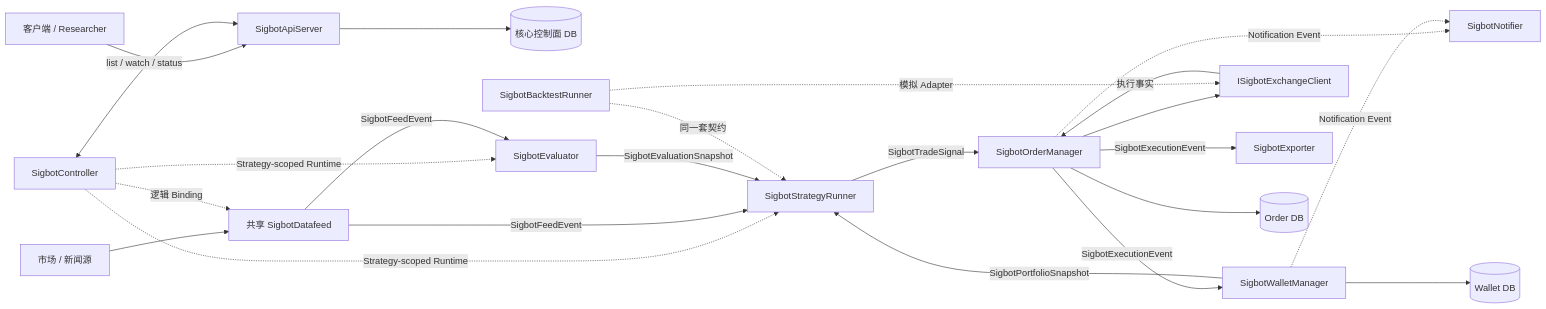
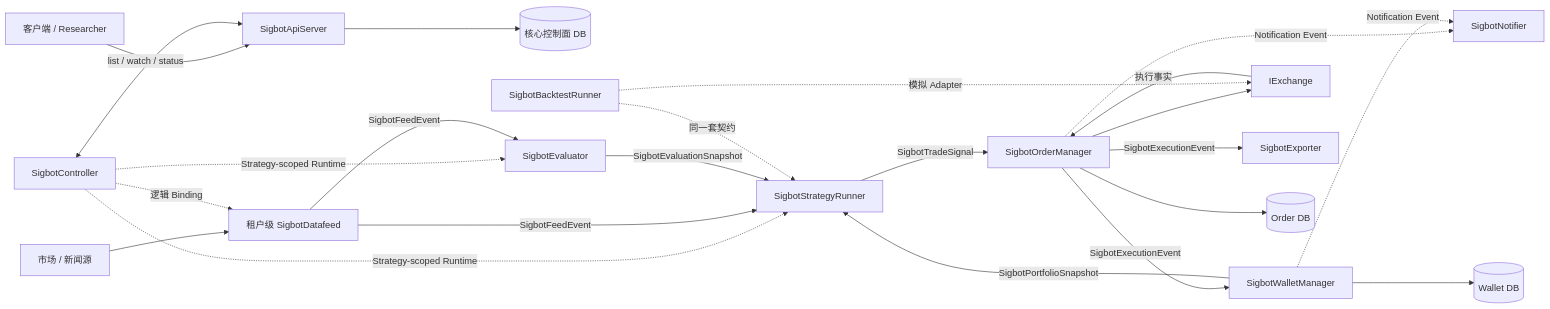
One commit to sigbot-labs/sigbot-core changed the diagram in docs/architecture/overview_ZH.md. Above: the diagram before and after it, drawn with Mermaid. The commit also changed other lines of this file and 1371 other files, not shown here.

````diff
--- a/docs/architecture/overview_ZH.md
+++ b/docs/architecture/overview_ZH.md
@@ -16,29 +16,29 @@
 ```mermaid
 flowchart LR
     Clients[客户端 / Researcher] --> API[SigbotApiServer]
     API --> CoreDB[(核心控制面 DB)]
     Controller[SigbotController] <-->|list / watch / status| API
 
-    Sources[市场 / 新闻源] --> Datafeed[共享 SigbotDatafeed]
+    Sources[市场 / 新闻源] --> Datafeed[租户级 SigbotDatafeed]
     Controller -. 逻辑 Binding .-> Datafeed
     Controller -. Strategy-scoped Runtime .-> Evaluator[SigbotEvaluator]
     Controller -. Strategy-scoped Runtime .-> Strategy[SigbotStrategyRunner]
 
     Datafeed -->|SigbotFeedEvent| Evaluator
     Datafeed -->|SigbotFeedEvent| Strategy
     Evaluator -->|SigbotEvaluationSnapshot| Strategy
     Wallet[SigbotWalletManager] -->|SigbotPortfolioSnapshot| Strategy
     Strategy -->|SigbotTradeSignal| Order[SigbotOrderManager]
-    Order --> Exchange[ISigbotExchangeClient]
+    Order --> Exchange[IExchange]
     Exchange -->|执行事实| Order
     Order -->|SigbotExecutionEvent| Wallet
     Order -->|SigbotExecutionEvent| Exporter[SigbotExporter]
     Order -. Notification Event .-> Notifier[SigbotNotifier]
     Wallet -. Notification Event .-> Notifier
 
     Order --> OrderDB[(Order DB)]
     Wallet --> WalletDB[(Wallet DB)]
 
     Backtest[SigbotBacktestRunner] -. 同一套契约 .-> Strategy
     Backtest -. 模拟 Adapter .-> Exchange
 ```
````
